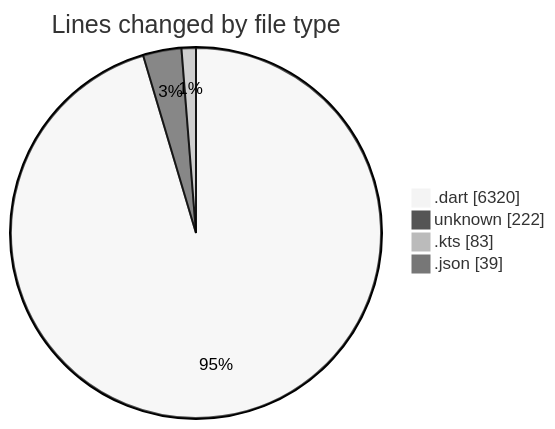
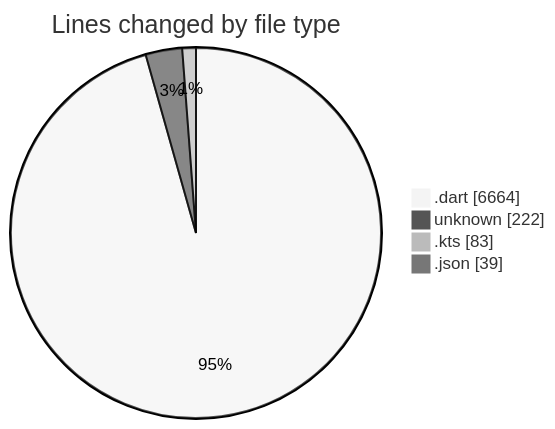
The first of 2 diagrams in 2025-08-05/studybuddy/README.md (lephambinh05/code-tracking), drawn with Mermaid (neutral theme) before and after one commit. The commit also changed other lines of this file and 1 other file, not shown here.

````diff
--- a/2025-08-05/studybuddy/README.md
+++ b/2025-08-05/studybuddy/README.md
@@ -42,8 +42,8 @@
 ```mermaid
 pie showData
 title Lines changed by file type
-".dart" : 6320
+".dart" : 6664
 "unknown" : 222
 ".kts" : 83
 ".json" : 39
 ```
````
